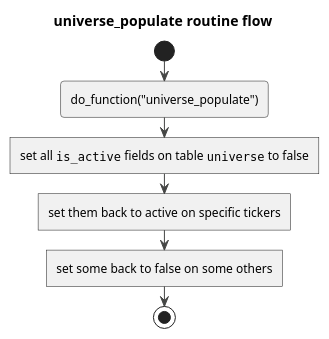
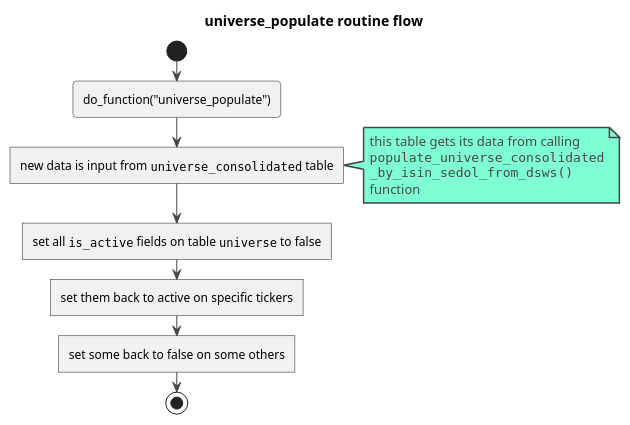
The diagram in docs/routines_management_populate_universe.wsd (asklora/DROID_V2.1), drawn with PlantUML before and after one commit.

Commit message:
update on routines

```diff
--- a/docs/routines_management_populate_universe.wsd
+++ b/docs/routines_management_populate_universe.wsd
@@ -1,25 +1,34 @@
 @startuml universe_populate
 
 title "universe_populate routine flow"
 
 !theme vibrant
 
 skinparam Shadowing false
 skinparam DefaultFontName Ubuntu
 skinparam ParticipantPadding 20
 skinparam BoxPadding 10
 skinparam ConditionEndStyle diamond
 
 start
 
 :do_function("universe_populate");
 
+:new data is input from ""universe_consolidated"" table]
+
+note right
+    this table gets its data from calling
+    ""populate_universe_consolidated""
+    ""_by_isin_sedol_from_dsws()""
+    function
+end note
+
 :set all ""is_active"" fields on table ""universe"" to false]
 
 :set them back to active on specific tickers]
 
 :set some back to false on some others]
 
 stop
 
 @enduml
```
